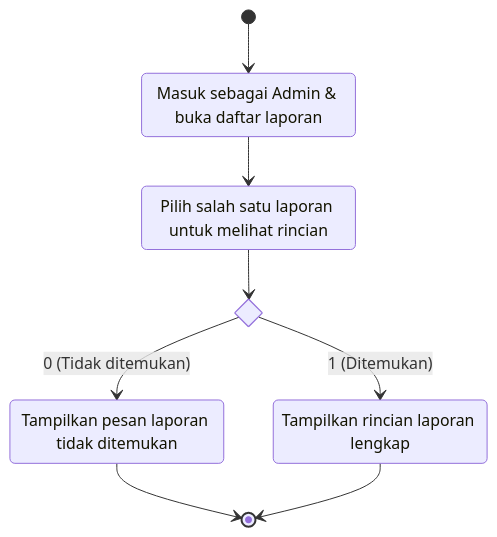
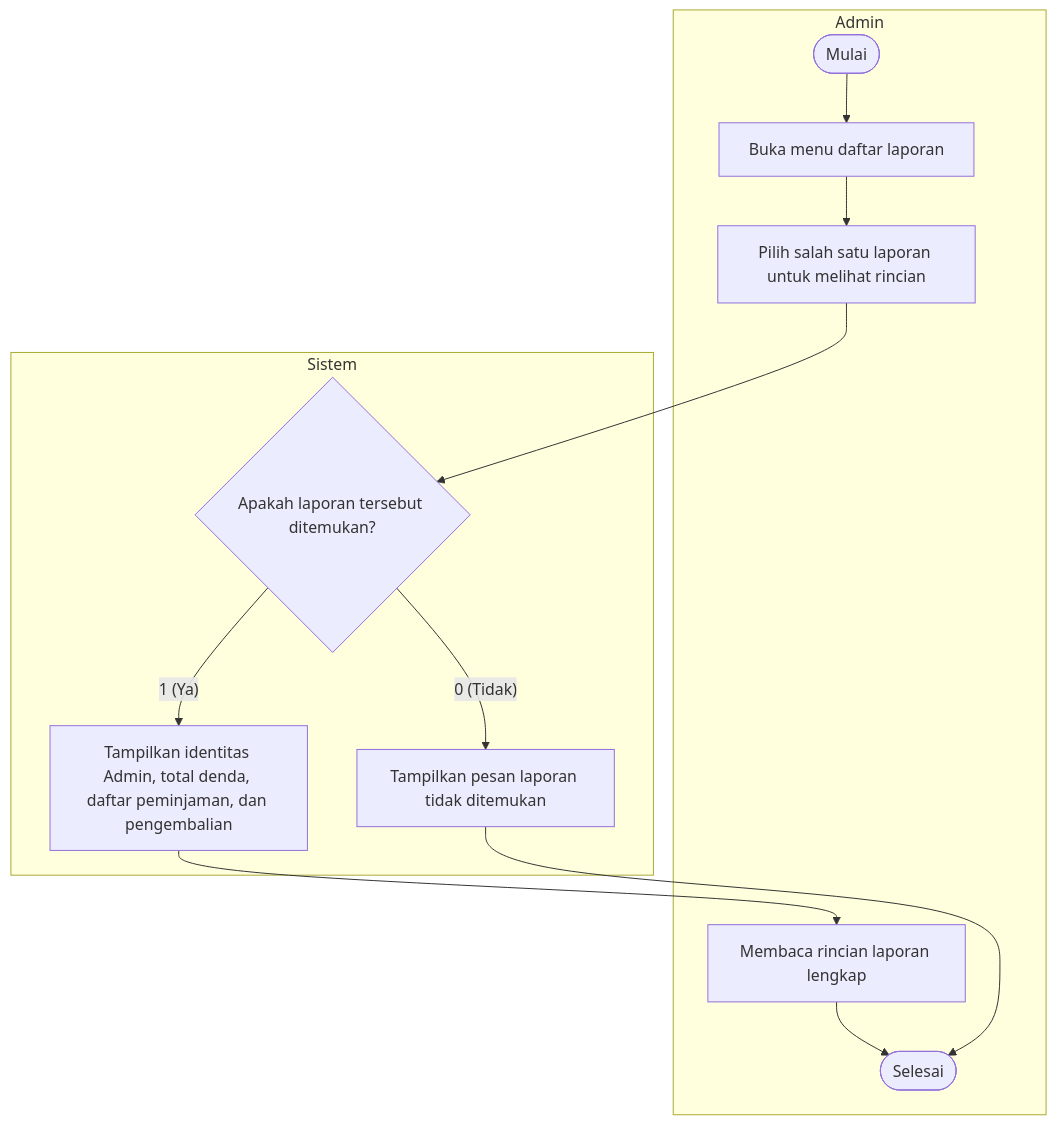
Before and after one commit to dimstyle/ruang-baca: the diagram in docs/uml/src/diagrams/list-diagrams/activity-readlaporan.mmd, drawn with Mermaid. The commit also changed 24 other files, not shown here.

Commit message:
docs(uml): add User, Admin, and Sistem swimlanes to activity diagrams

```diff
--- a/docs/uml/src/diagrams/list-diagrams/activity-readlaporan.mmd
+++ b/docs/uml/src/diagrams/list-diagrams/activity-readlaporan.mmd
@@ -1,14 +1,14 @@
-stateDiagram-v2
-    state "Masuk sebagai Admin & buka daftar laporan" as s1
-    state "Pilih salah satu laporan untuk melihat rincian" as s2
-    state checkFound <<choice>>
-    state "Tampilkan pesan laporan tidak ditemukan" as err
-    state "Tampilkan rincian laporan lengkap" as ok
+flowchart TD
+    subgraph Admin["Admin"]
+        start(["Mulai"]) --> openMenu["Buka menu daftar laporan"]
+        openMenu --> selectReport["Pilih salah satu laporan untuk melihat rincian"]
+        viewReport["Membaca rincian laporan lengkap"] --> finish(["Selesai"])
+    end
 
-    [*] --> s1
-    s1 --> s2
-    s2 --> checkFound
-    checkFound --> err : 0 (Tidak ditemukan)
-    checkFound --> ok : 1 (Ditemukan)
-    err --> [*]
-    ok --> [*]
+    subgraph Sistem["Sistem"]
+        selectReport --> checkFound{"Apakah laporan tersebut ditemukan?"}
+        checkFound -->|"0 (Tidak)"| notFound["Tampilkan pesan laporan tidak ditemukan"]
+        notFound --> finish
+        checkFound -->|"1 (Ya)"| showDetail["Tampilkan identitas Admin, total denda, daftar peminjaman, dan pengembalian"]
+        showDetail --> viewReport
+    end
```
